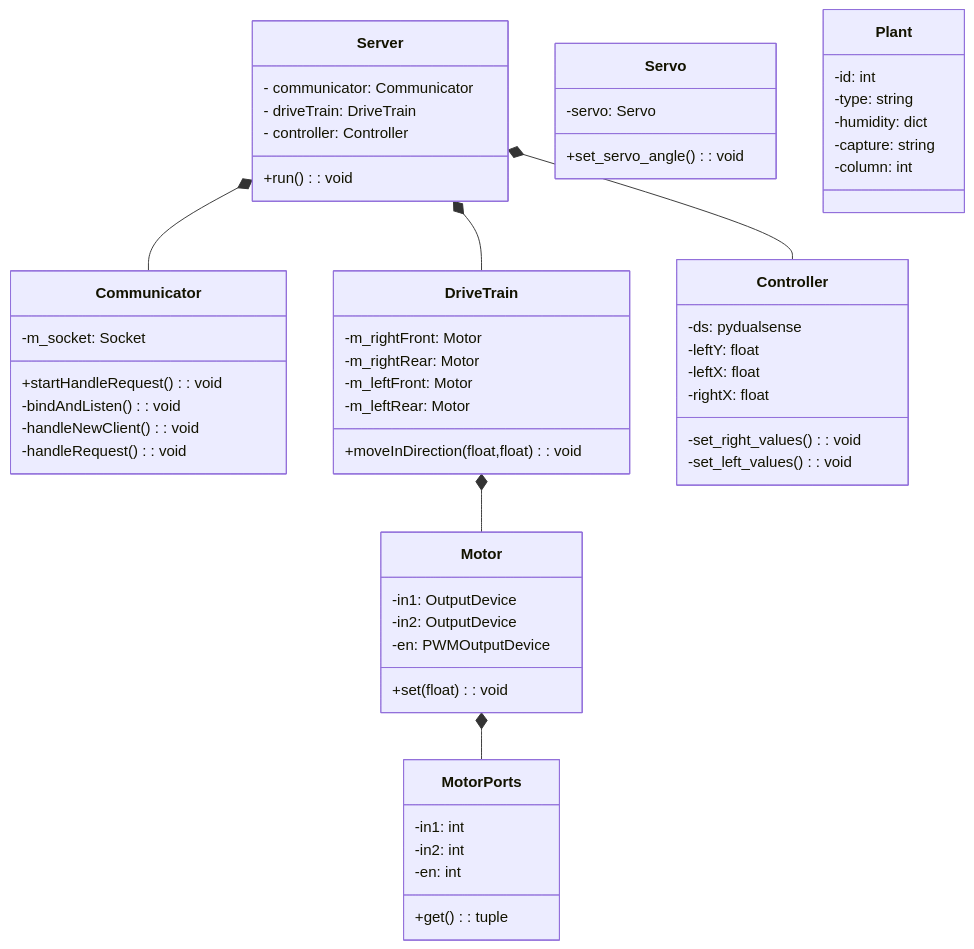
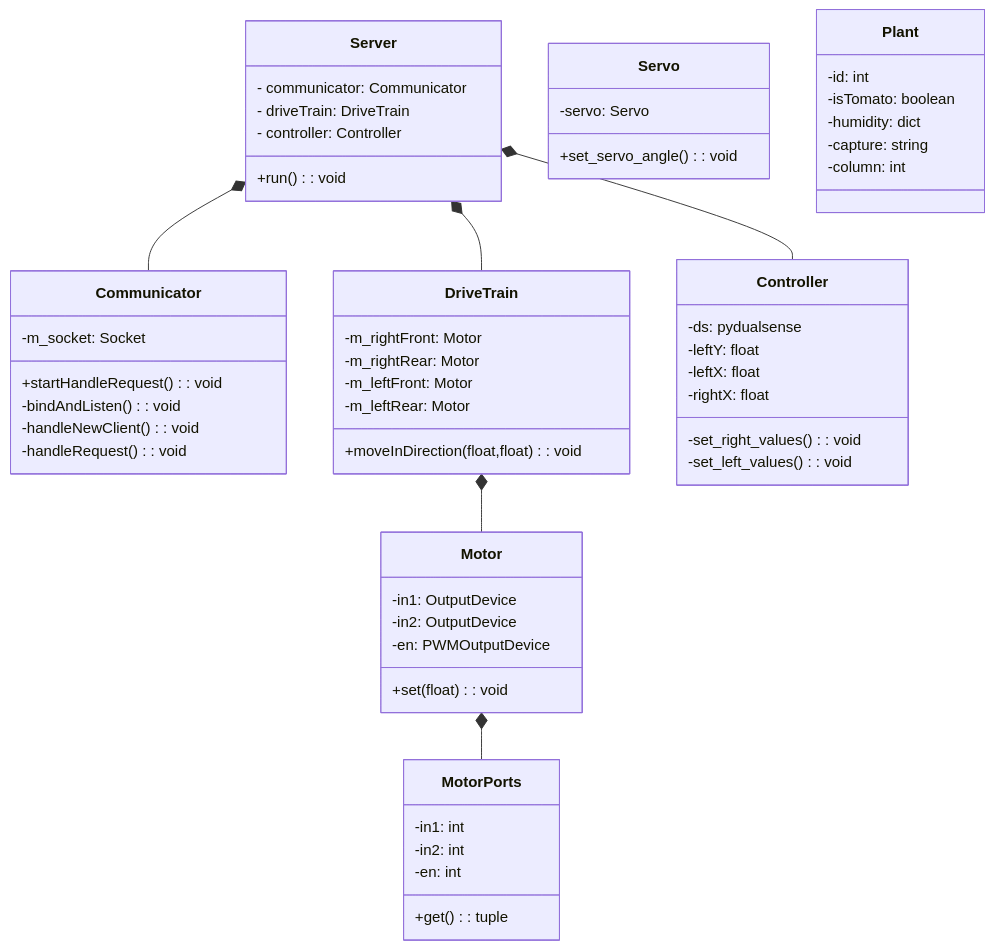
One commit to yaniraton/adama changed the first of 2 diagrams in README.md. Above: the diagram before and after it, drawn with Mermaid. The commit also changed 4 other files, not shown here.

````diff
--- a/README.md
+++ b/README.md
@@ -3,59 +3,59 @@
 ```mermaid
 classDiagram
     Server *-- Communicator
     Server *-- DriveTrain
     Server *-- Controller
     DriveTrain *-- Motor
     Motor *-- MotorPorts
     class Server{
         - communicator: Communicator
         - driveTrain: DriveTrain
         - controller: Controller
         +run() : void
     }
     class Communicator{
         -m_socket: Socket
         +startHandleRequest() : void
         -bindAndListen() : void
         -handleNewClient() : void
         -handleRequest() : void
     }
     class DriveTrain{
         -m_rightFront: Motor
         -m_rightRear: Motor
         -m_leftFront: Motor
         -m_leftRear: Motor
         +moveInDirection(float,float) : void
     }
     class Motor{
         -in1: OutputDevice
         -in2: OutputDevice
         -en: PWMOutputDevice
         +set(float) : void
     }
     class MotorPorts{
         -in1: int
         -in2: int
         -en: int
         +get() : tuple
     }
     class Controller{
         -ds: pydualsense
         -leftY: float
         -leftX: float
         -rightX: float
         -set_right_values(): void
         -set_left_values(): void
     }
     class Servo{
         -servo: Servo
         +set_servo_angle(): void
     }
     class Plant{
         -id: int
-        -type: string
+        -isTomato: boolean
         -humidity: dict
         -capture: string
         -column: int
     }
 ```
````
